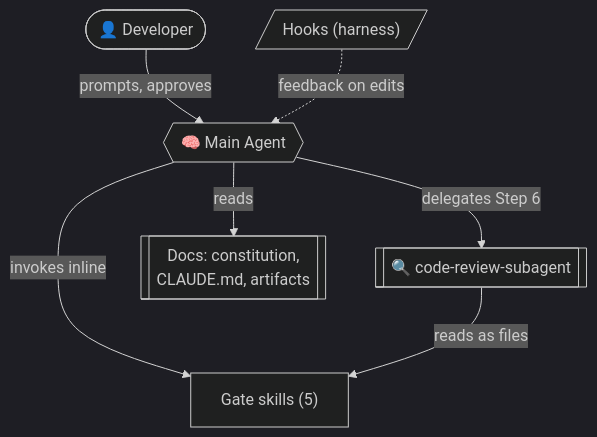
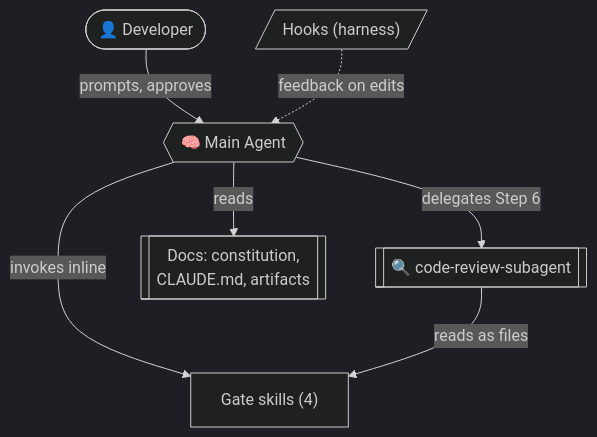
One commit to Oriya-Sigawy/AI-test changed the diagram in docs/architecture.md. Above: the diagram before and after it, drawn with Mermaid (dark theme). The commit also changed other lines of this file and 3 other files, not shown here.

Commit message:
added architecture skill, and declared performance as checking manualy and not by a skill.

````diff
--- a/docs/architecture.md
+++ b/docs/architecture.md
@@ -13,11 +14,11 @@
 ```mermaid
 graph TD
     DEV([👤 Developer]) -->|prompts, approves| MA
 
-    MA{{🧠 Main Agent}} -->|invokes inline| SKILLS["Gate skills (5)"]
+    MA{{🧠 Main Agent}} -->|invokes inline| SKILLS["Gate skills (4)"]
     MA -->|delegates Step 6| SUB[["🔍 code-review-subagent"]]
     MA -->|reads| DOCS[["Docs: constitution,<br/>CLAUDE.md, artifacts"]]
 
     SUB -->|reads as files| SKILLS
     HOOKS[/"Hooks (harness)"/] -.->|feedback on edits| MA
 ```
````
